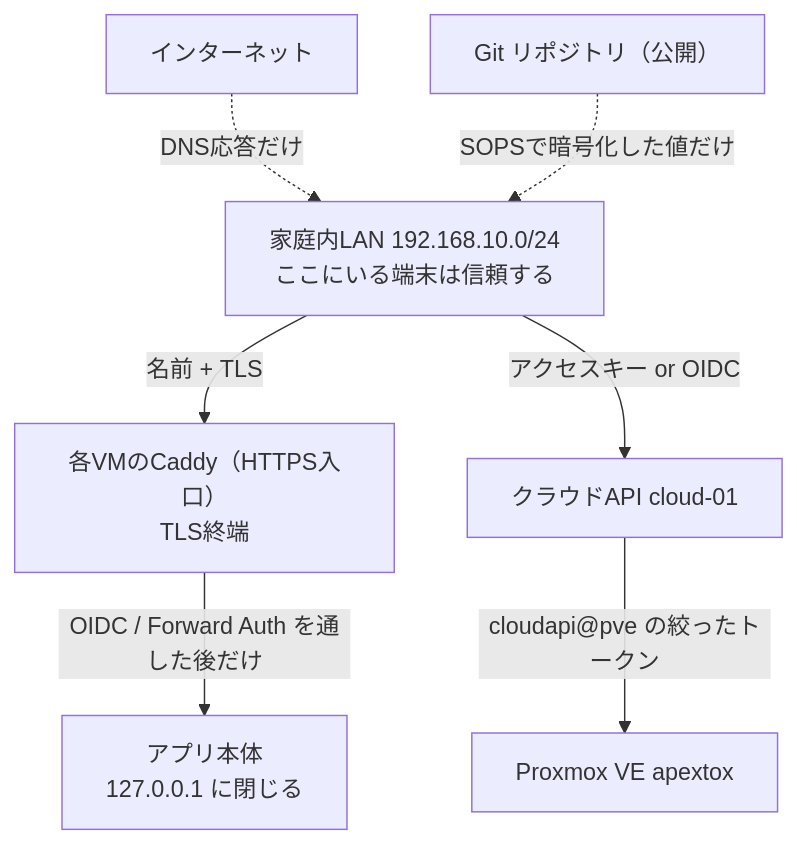
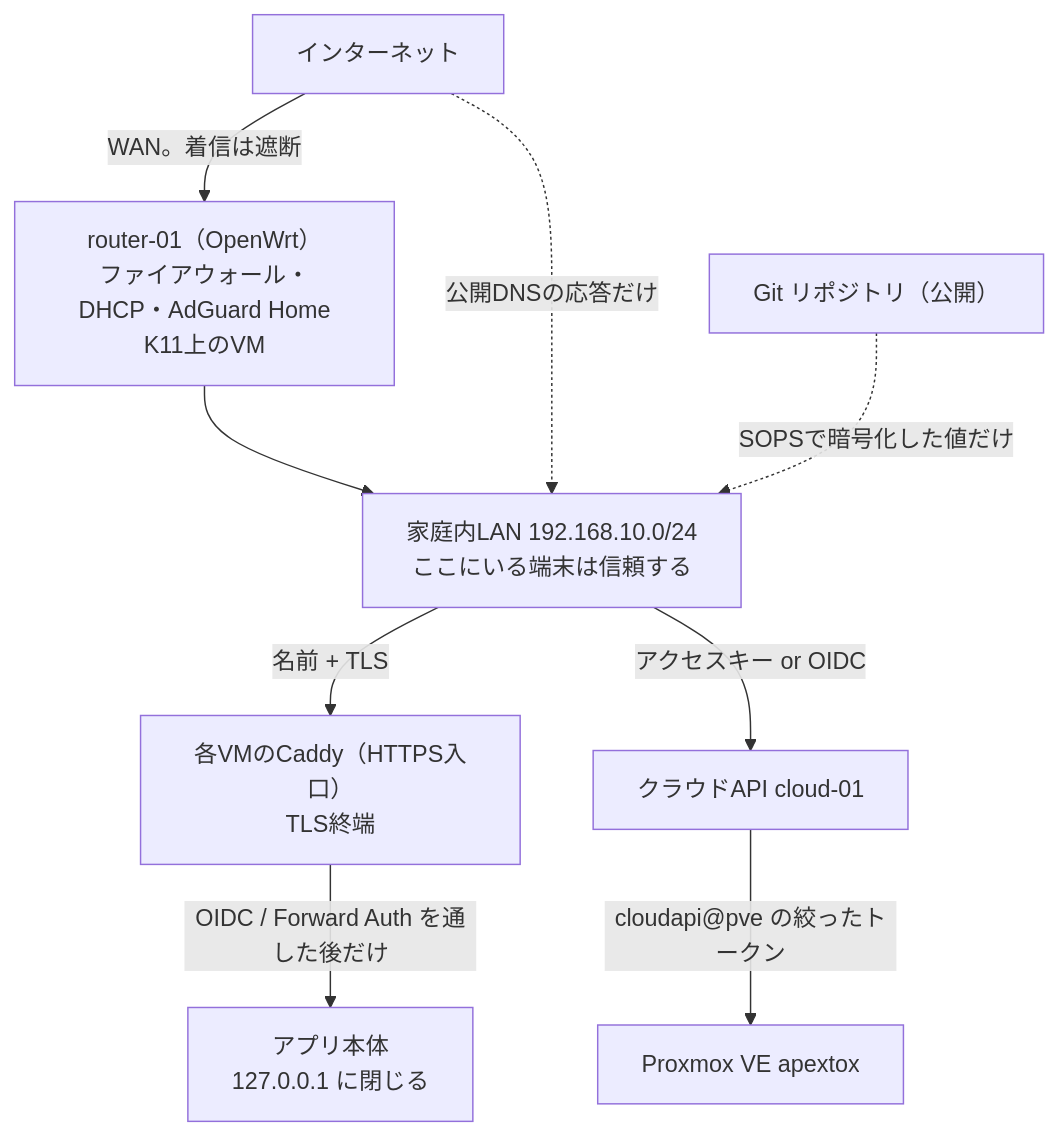
The diagram in docs/architecture/security.md (rurutheGeek/shake-cloud), drawn with Mermaid before and after one commit. The commit also changed other lines of this file and 20 other files, not shown here.

````diff
--- a/docs/architecture/security.md
+++ b/docs/architecture/security.md
@@ -34,17 +36,20 @@
 ```mermaid
 flowchart TB
   net["インターネット"]
+  router["router-01（OpenWrt）<br/>ファイアウォール・DHCP・AdGuard Home<br/>K11上のVM"]
   lan["家庭内LAN 192.168.10.0/24<br/>ここにいる端末は信頼する"]
   edge["各VMのCaddy（HTTPS入口）<br/>TLS終端"]
   app["アプリ本体<br/>127.0.0.1 に閉じる"]
   api["クラウドAPI cloud-01"]
   pve["Proxmox VE apextox"]
   git["Git リポジトリ（公開）"]
 
-  net -. "DNS応答だけ" .-> lan
+  net -->|"WAN。着信は遮断"| router
+  router --> lan
+  net -. "公開DNSの応答だけ" .-> lan
   lan -->|"名前 + TLS"| edge
   edge -->|"OIDC / Forward Auth を通した後だけ"| app
   lan -->|"アクセスキー or OIDC"| api
   api -->|"cloudapi@pve の絞ったトークン"| pve
   git -. "SOPSで暗号化した値だけ" .-> lan
 ```
````
